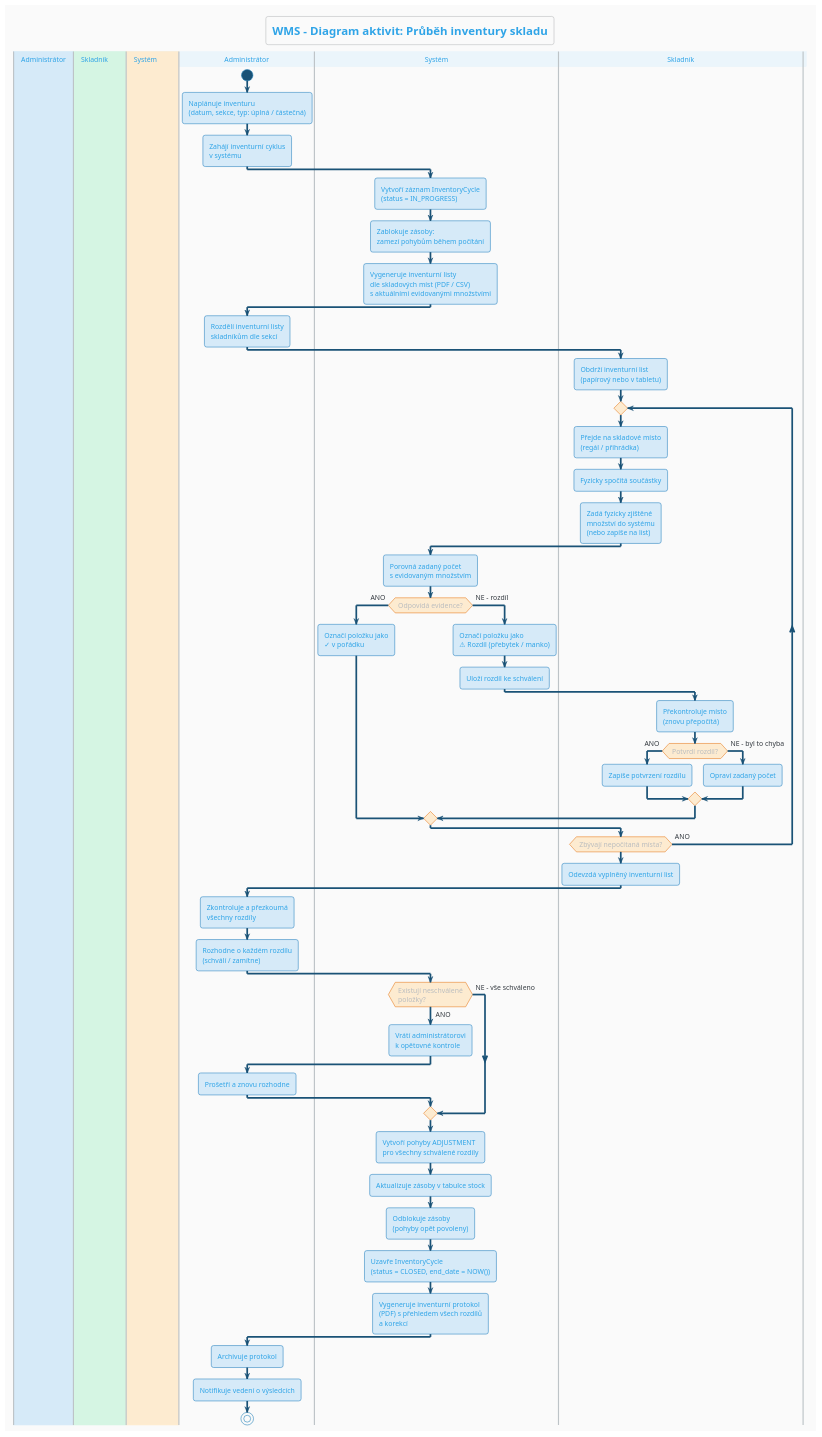
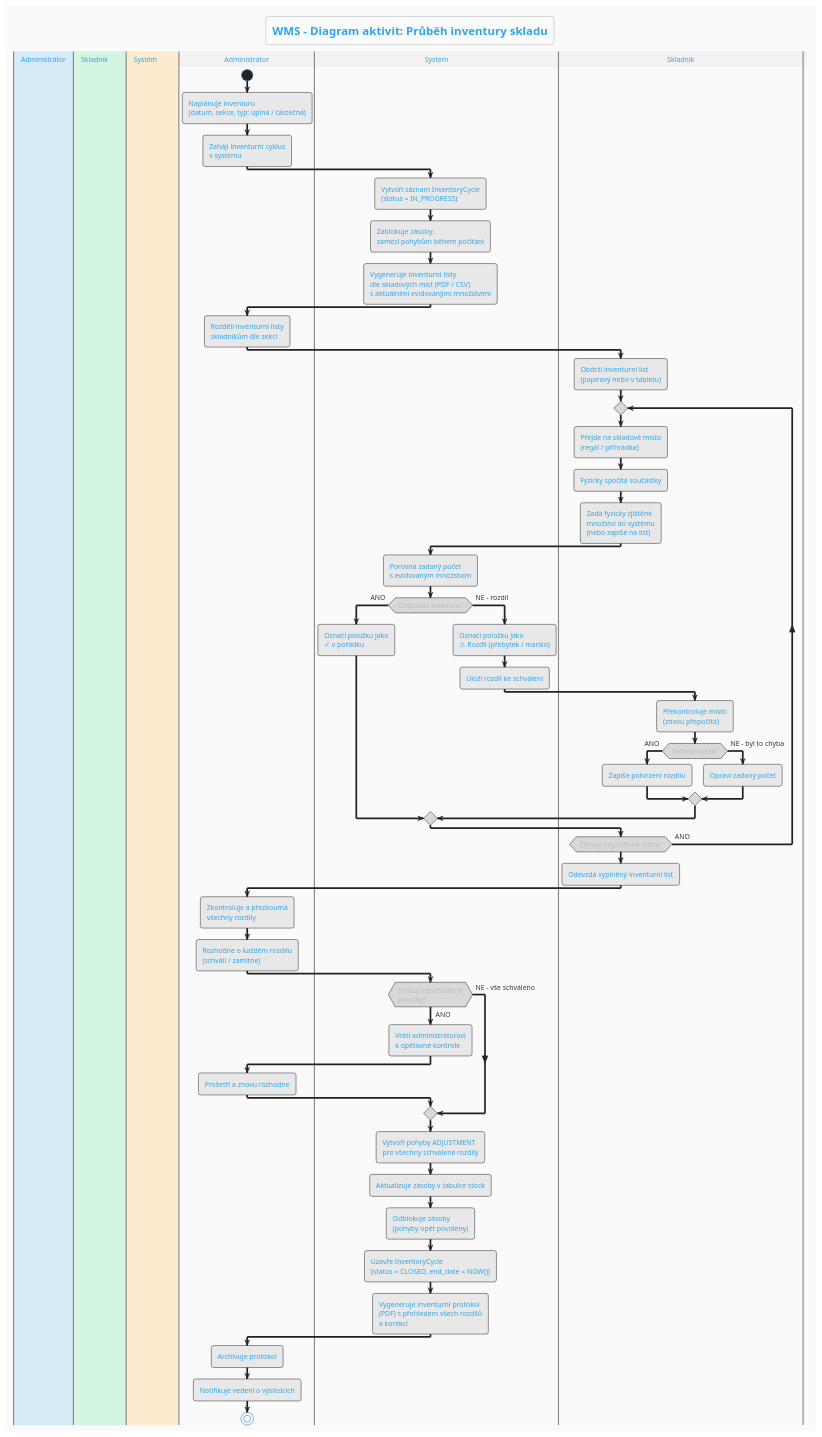
Before and after one commit to lkvapil/WMS-elektronicke-soucastky: the diagram in diagrams/06_activity_inventura.puml, drawn with PlantUML. The commit also changed 15 other files, not shown here.

Commit message:
style: cernobile schema pro vsechny diagramy

```diff
--- a/diagrams/06_activity_inventura.puml
+++ b/diagrams/06_activity_inventura.puml
@@ -1,94 +1,94 @@
 @startuml 06_activity_inventura
 !theme cerulean-outline
 title WMS – Diagram aktivit: Průběh inventury skladu
 
 skinparam backgroundColor #FAFAFA
 skinparam activity {
-  BackgroundColor #D6EAF8
-  BorderColor #2E86C1
-  ArrowColor #1A5276
-  DiamondBackgroundColor #FDEBD0
-  DiamondBorderColor #E67E22
-  StartColor #1A5276
-  EndColor #1A5276
+  BackgroundColor #E8E8E8
+  BorderColor #444444
+  ArrowColor #222222
+  DiamondBackgroundColor #D8D8D8
+  DiamondBorderColor #444444
+  StartColor #222222
+  EndColor #222222
 }
 skinparam swimlane {
-  BorderColor #BDC3C7
-  TitleBackgroundColor #EBF5FB
+  BorderColor #888888
+  TitleBackgroundColor #F2F2F2
 }
 
 |#D6EAF8| Administrátor |
 |#D5F5E3| Skladník       |
 |#FDEBD0| Systém         |
 
 |Administrátor|
 start
 :Naplánuje inventuru\n(datum, sekce, typ: úplná / částečná);
 :Zahájí inventurní cyklus\nv systému;
 
 |Systém|
 :Vytvoří záznam InventoryCycle\n(status = IN_PROGRESS);
 :Zablokuje zásoby:\nzamezí pohybům během počítání;
 :Vygeneruje inventurní listy\ndle skladových míst (PDF / CSV)\ns aktuálními evidovanými množstvími;
 
 |Administrátor|
 :Rozdělí inventurní listy\nskladníkům dle sekcí;
 
 |Skladník|
 :Obdrží inventurní list\n(papírový nebo v tabletu);
 
 repeat
   :Přejde na skladové místo\n(regál / přihrádka);
   :Fyzicky spočítá součástky;
   :Zadá fyzicky zjištěné\nmnožství do systému\n(nebo zapíše na list);
   
   |Systém|
   :Porovná zadaný počet\ns evidovaným množstvím;
   
   if (Odpovídá evidence?) then (ANO)
     :Označí položku jako\n✓ v pořádku;
   else (NE – rozdíl)
     :Označí položku jako\n⚠ Rozdíl (přebytek / manko);
     :Uloží rozdíl ke schválení;
     
     |Skladník|
     :Překontroluje místo\n(znovu přepočítá);
     
     if (Potvrdí rozdíl?) then (ANO)
       :Zapíše potvrzení rozdílu;
     else (NE – byl to chyba)
       :Opraví zadaný počet;
     end if
   end if
   
   |Skladník|
 repeat while (Zbývají nepočítaná místa?) is (ANO)
 
 :Odevzdá vyplněný inventurní list;
 
 |Administrátor|
 :Zkontroluje a přezkoumá\nvšechny rozdíly;
 :Rozhodne o každém rozdílu\n(schválí / zamítne);
 
 |Systém|
 if (Existují neschválené\npoložky?) then (ANO)
   :Vrátí administrátorovi\nk opětovné kontrole;
   |Administrátor|
   :Prošetří a znovu rozhodne;
   |Systém|
 else (NE – vše schváleno)
 endif
 
 :Vytvoří pohyby ADJUSTMENT\npro všechny schválené rozdíly;
 :Aktualizuje zásoby v tabulce stock;
 :Odblokuje zásoby\n(pohyby opět povoleny);
 :Uzavře InventoryCycle\n(status = CLOSED, end_date = NOW());
 :Vygeneruje inventurní protokol\n(PDF) s přehledem všech rozdílů\na korekcí;
 
 |Administrátor|
 :Archivuje protokol;
 :Notifikuje vedení o výsledcích;
 
 stop
 
 @enduml
```
